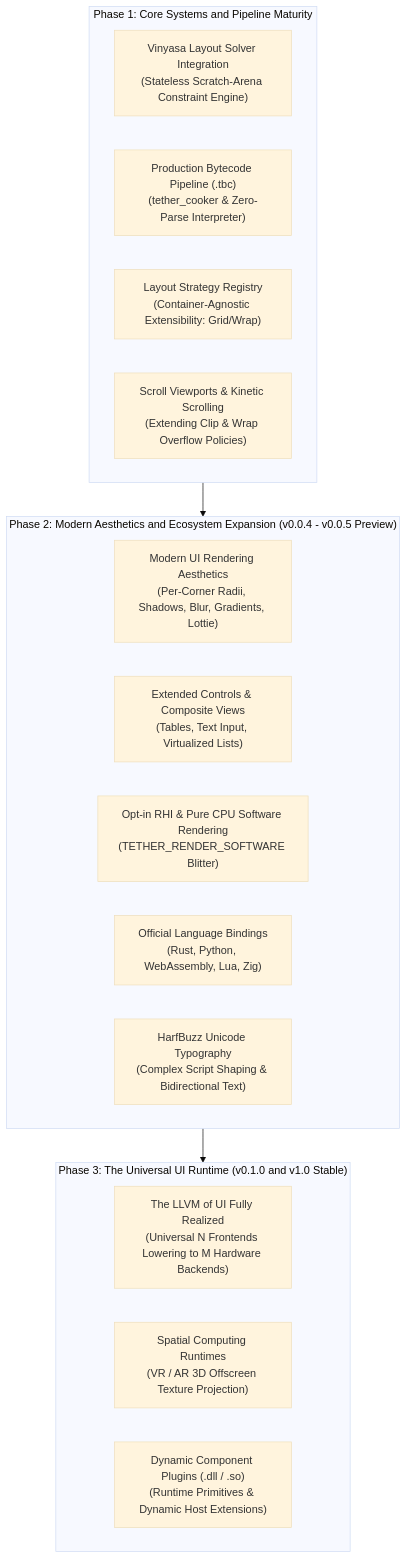
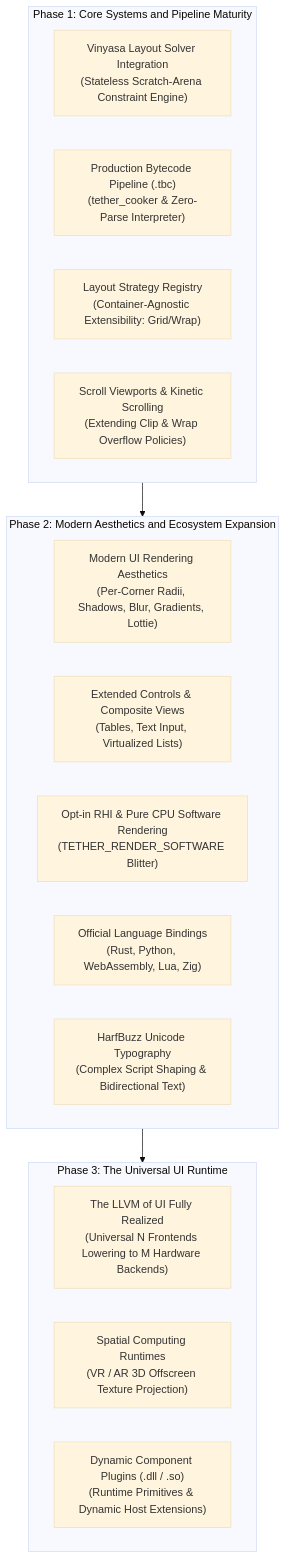
Before and after one commit to Yuvi-GD/Tether: the diagram in docs/presentation/10_roadmap_and_community.md, drawn with Mermaid (base theme). The commit also changed other lines of this file and 8 other files, not shown here.

````diff
--- a/docs/presentation/10_roadmap_and_community.md
+++ b/docs/presentation/10_roadmap_and_community.md
@@ -15,26 +15,26 @@
 ```mermaid
 flowchart TD
     subgraph NearTerm["Phase 1: Core Systems and Pipeline Maturity"]
         Vinyasa["Vinyasa Layout Solver Integration\n(Stateless Scratch-Arena Constraint Engine)"]
         AOTCooker["Production Bytecode Pipeline (.tbc)\n(tether_cooker & Zero-Parse Interpreter)"]
         StrategyReg["Layout Strategy Registry\n(Container-Agnostic Extensibility: Grid/Wrap)"]
         OverflowSystem["Scroll Viewports & Kinetic Scrolling\n(Extending Clip & Wrap Overflow Policies)"]
     end
 
-    subgraph MidTerm["Phase 2: Modern Aesthetics and Ecosystem Expansion (v0.0.4 - v0.0.5 Preview)"]
+    subgraph MidTerm["Phase 2: Modern Aesthetics and Ecosystem Expansion"]
         Aesthetics["Modern UI Rendering Aesthetics\n(Per-Corner Radii, Shadows, Blur, Gradients, Lottie)"]
         Prefabs["Extended Controls & Composite Views\n(Tables, Text Input, Virtualized Lists)"]
         OptInDrivers["Opt-in RHI & Pure CPU Software Rendering\n(TETHER_RENDER_SOFTWARE Blitter)"]
         Bindings["Official Language Bindings\n(Rust, Python, WebAssembly, Lua, Zig)"]
         Typography["HarfBuzz Unicode Typography\n(Complex Script Shaping & Bidirectional Text)"]
     end
 
-    subgraph LongTerm["Phase 3: The Universal UI Runtime (v0.1.0 and v1.0 Stable)"]
+    subgraph LongTerm["Phase 3: The Universal UI Runtime"]
         LLVMModel["The LLVM of UI Fully Realized\n(Universal N Frontends Lowering to M Hardware Backends)"]
         Spatial["Spatial Computing Runtimes\n(VR / AR 3D Offscreen Texture Projection)"]
         HotPlugins["Dynamic Component Plugins (.dll / .so)\n(Runtime Primitives & Dynamic Host Extensions)"]
     end
 
     NearTerm --> MidTerm
     MidTerm --> LongTerm
 ```
````
